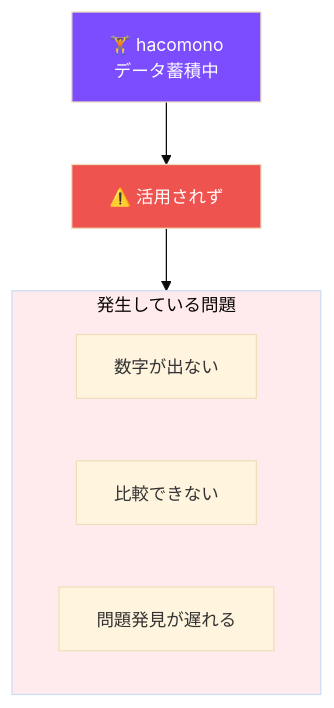
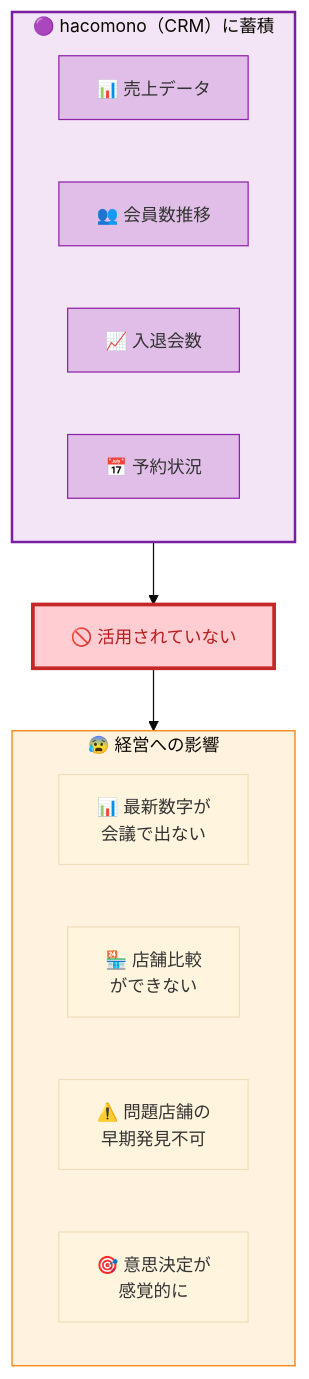
One commit to PLark-droid/lark-proposal changed the fifth of 20 diagrams in docs/FITPLACE_LARK_PROPOSAL.md. Above: the diagram before and after it, drawn with Mermaid. The commit also changed other lines of this file, not shown here.

First line of the commit message:
docs: V1コンテンツベースにインフォグラフィック品質のMermaid図を適用

````diff
--- a/docs/FITPLACE_LARK_PROPOSAL.md
+++ b/docs/FITPLACE_LARK_PROPOSAL.md
@@ -158,18 +177,30 @@
 ```mermaid
 %%{init: {'theme': 'base', 'themeVariables': {'fontSize': '14px'}}}%%
 flowchart TB
-    A["🏋️ hacomono<br/>データ蓄積中"]
-    B["⚠️ 活用されず"]
-
-    subgraph problems["発生している問題"]
-        C1["数字が出ない"]
-        C2["比較できない"]
-        C3["問題発見が遅れる"]
+    subgraph hacomono["🟣 hacomono（CRM）に蓄積"]
+        D1["📊 売上データ"]
+        D2["👥 会員数推移"]
+        D3["📈 入退会数"]
+        D4["📅 予約状況"]
     end
 
-    A --> B --> problems
+    block["🚫 活用されていない"]
 
-    style A fill:#7c4dff,color:#fff
-    style B fill:#ef5350,color:#fff
-    style problems fill:#ffebee
+    subgraph impact["😰 経営への影響"]
+        I1["📊 最新数字が<br/>会議で出ない"]
+        I2["🏪 店舗比較<br/>ができない"]
+        I3["⚠️ 問題店舗の<br/>早期発見不可"]
+        I4["🎯 意思決定が<br/>感覚的に"]
+    end
+
+    hacomono --> block
+    block --> impact
+
+    style hacomono fill:#f3e5f5,stroke:#7b1fa2,stroke-width:2px
+    style block fill:#ffcdd2,stroke:#c62828,stroke-width:3px,color:#b71c1c
+    style impact fill:#fff3e0,stroke:#f57c00
+    style D1 fill:#e1bee7,stroke:#8e24aa
+    style D2 fill:#e1bee7,stroke:#8e24aa
+    style D3 fill:#e1bee7,stroke:#8e24aa
+    style D4 fill:#e1bee7,stroke:#8e24aa
 ```
````
